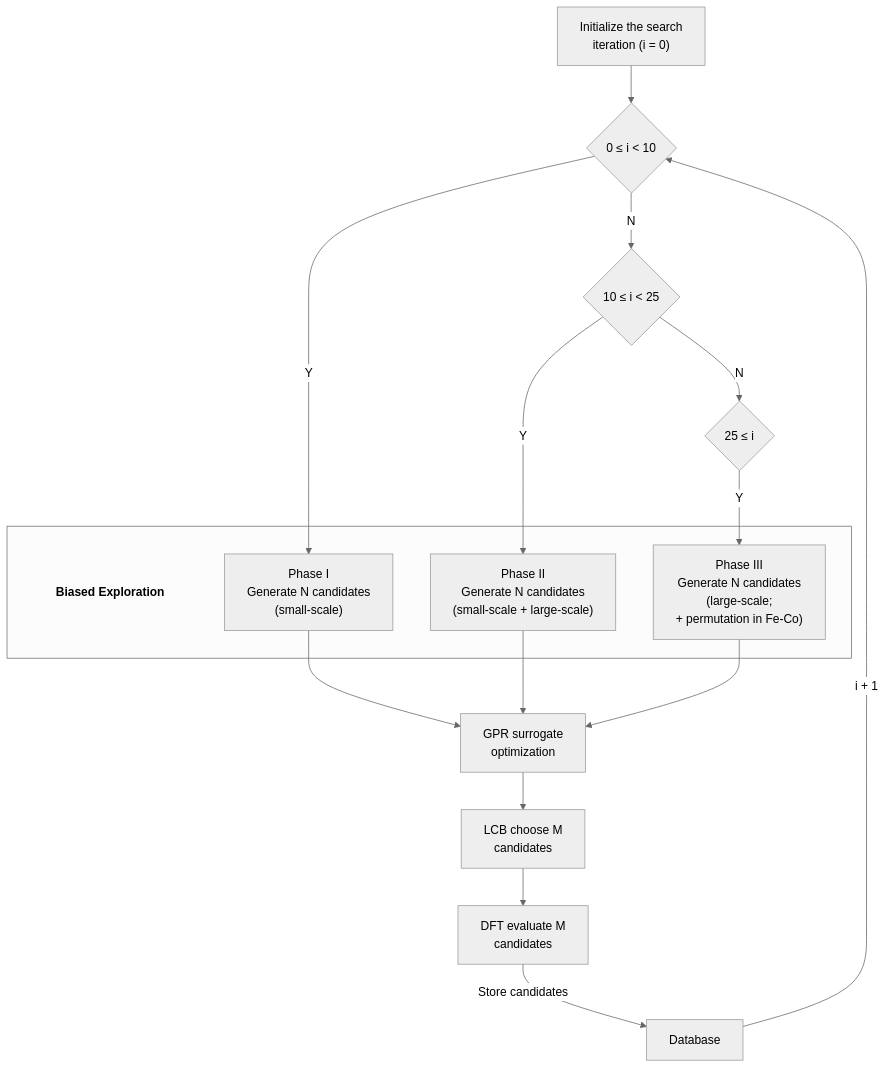
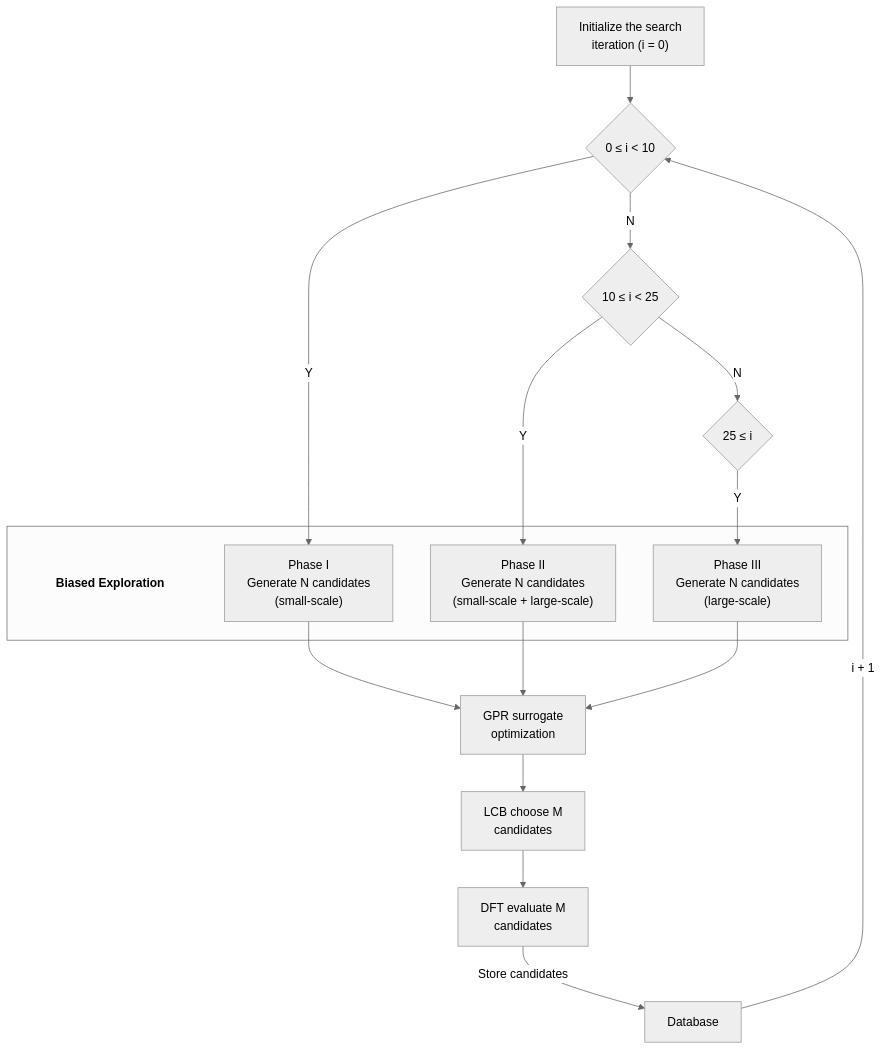
Before and after one commit to andim53/phd_research_v2: the diagram in _paperDemo/sections/01_methods.md, drawn with Mermaid (neutral theme). The commit also changed other lines of this file and 3 other files, not shown here.

````diff
--- a/_paperDemo/sections/01_methods.md
+++ b/_paperDemo/sections/01_methods.md
@@ -78,38 +69,38 @@
 ```mermaid
 flowchart TD
     Init["Initialize the search<br/>iteration (i = 0)"]
     D1{"0 ≤ i < 10"}
     D2{"10 ≤ i < 25"}
     D3{"25 ≤ i"}
 
     subgraph BE [" "]
         BEtitle["Biased Exploration"]
         P1["Phase I<br/>Generate N candidates<br/>(small-scale)"]
         P2["Phase II<br/>Generate N candidates<br/>(small-scale + large-scale)"]
-        P3["Phase III<br/>Generate N candidates<br/>(large-scale;<br/>+ permutation in Fe-Co)"]
+        P3["Phase III<br/>Generate N candidates<br/>(large-scale)"]
     end
 
     class BEtitle titleLabel
     classDef titleLabel fill:none,stroke:none,font-weight:bold
 
     GPR["GPR surrogate<br/>optimization"]
     LCB["LCB choose M<br/>candidates"]
     DFT["DFT evaluate M<br/>candidates"]
     DB["Database"]
 
     Init --> D1
     D1 -->|Y| P1
     D1 -->|N| D2
     D2 -->|Y| P2
     D2 -->|N| D3
     D3 -->|Y| P3
 
     P1 --> GPR
     P2 --> GPR
     P3 --> GPR
 
     GPR --> LCB
     LCB --> DFT
     DFT -->|Store candidates| DB
     DB -->|i + 1| D1
 ```
````
